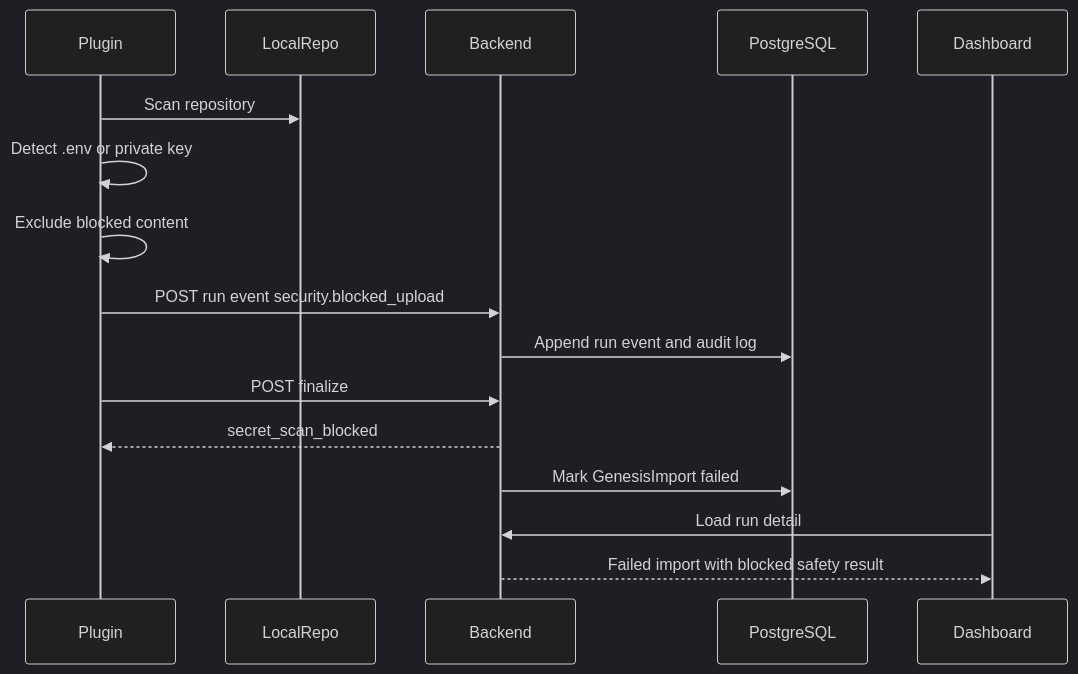
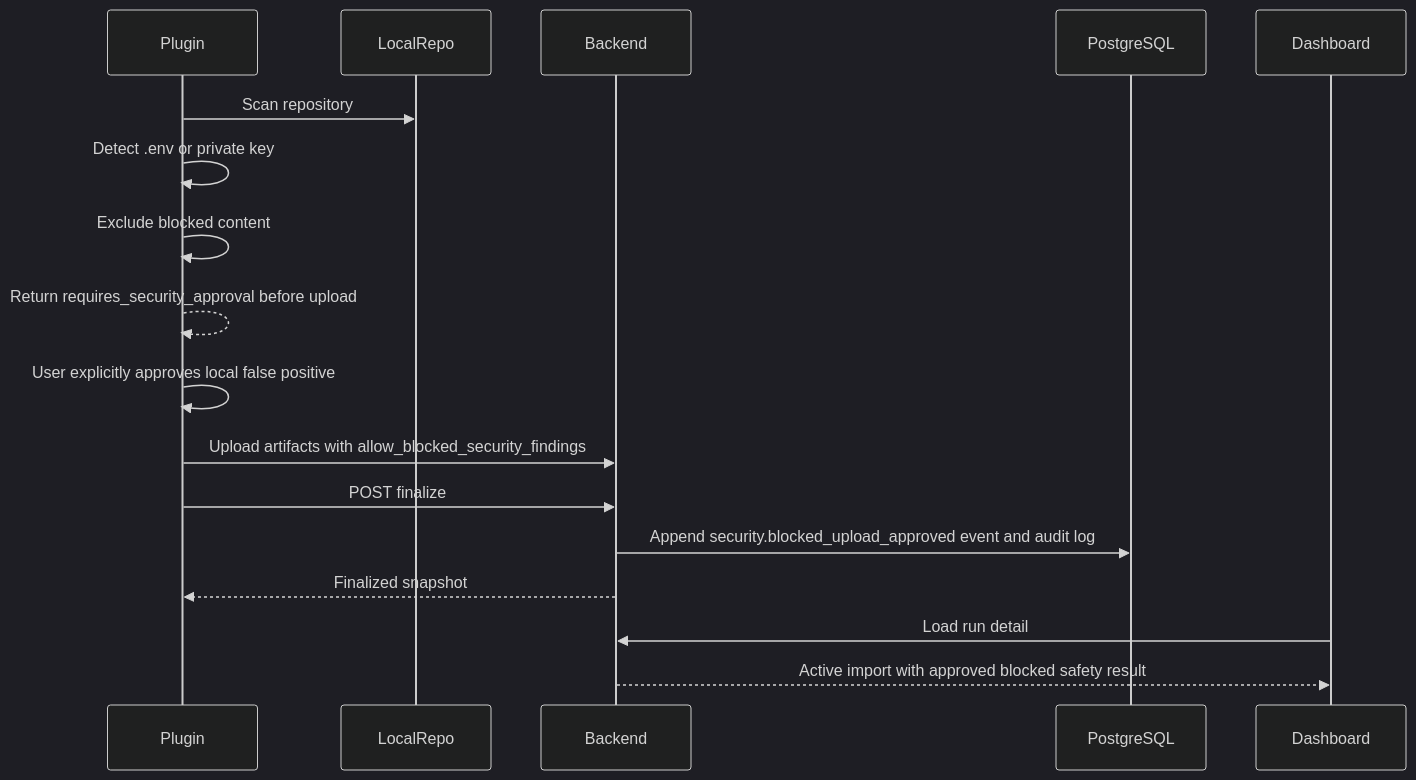
Before and after one commit to titagram/dev-sandbox: the fourth of 10 diagrams in docs/ai-devboard/10_RUNTIME_SEQUENCES.md, drawn with Mermaid (dark theme). The commit also changed other lines of this file and 19 other files, not shown here.

````diff
--- a/docs/ai-devboard/10_RUNTIME_SEQUENCES.md
+++ b/docs/ai-devboard/10_RUNTIME_SEQUENCES.md
@@ -131,19 +131,20 @@
 ```mermaid
 sequenceDiagram
     participant Plugin
     participant LocalRepo
     participant Backend
     participant PostgreSQL
     participant Dashboard
 
     Plugin->>LocalRepo: Scan repository
     Plugin->>Plugin: Detect .env or private key
     Plugin->>Plugin: Exclude blocked content
-    Plugin->>Backend: POST run event security.blocked_upload
-    Backend->>PostgreSQL: Append run event and audit log
+    Plugin-->>Plugin: Return requires_security_approval before upload
+    Plugin->>Plugin: User explicitly approves local false positive
+    Plugin->>Backend: Upload artifacts with allow_blocked_security_findings
     Plugin->>Backend: POST finalize
-    Backend-->>Plugin: secret_scan_blocked
-    Backend->>PostgreSQL: Mark GenesisImport failed
+    Backend->>PostgreSQL: Append security.blocked_upload_approved event and audit log
+    Backend-->>Plugin: Finalized snapshot
     Dashboard->>Backend: Load run detail
-    Backend-->>Dashboard: Failed import with blocked safety result
+    Backend-->>Dashboard: Active import with approved blocked safety result
 ```
````
